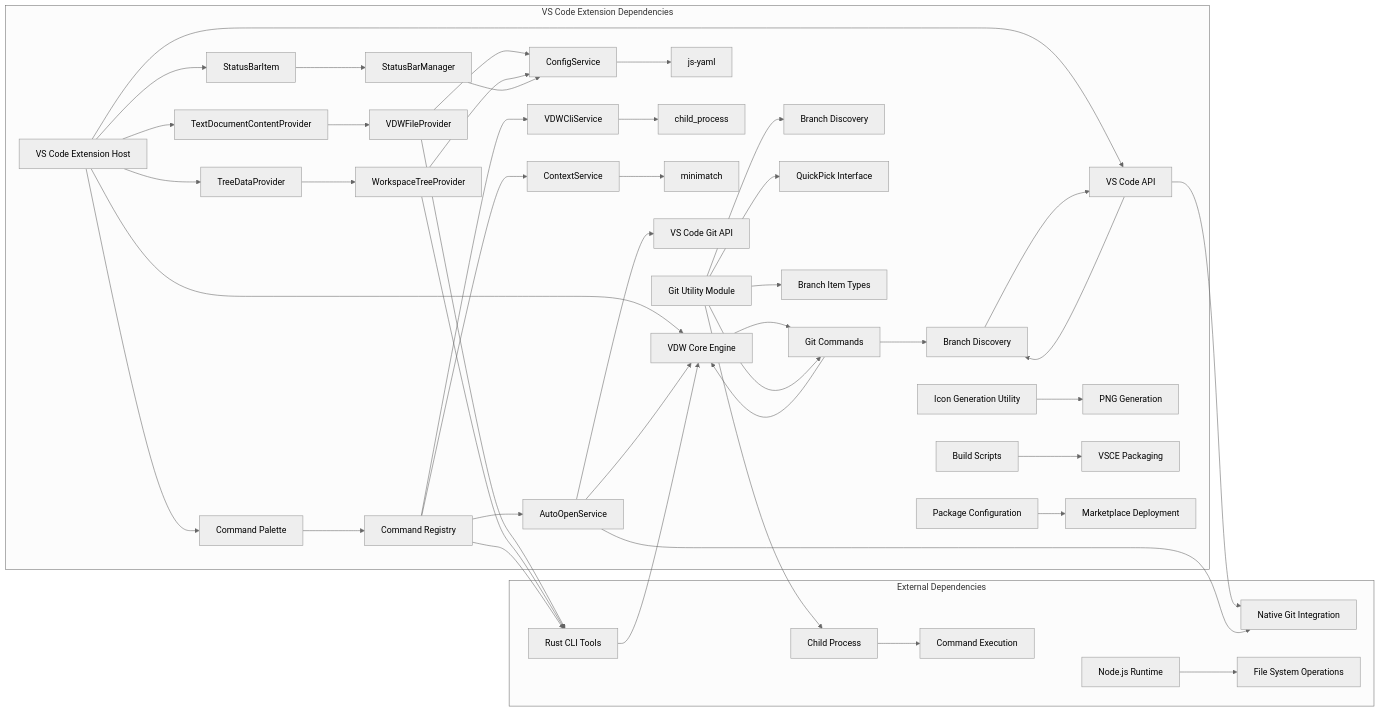
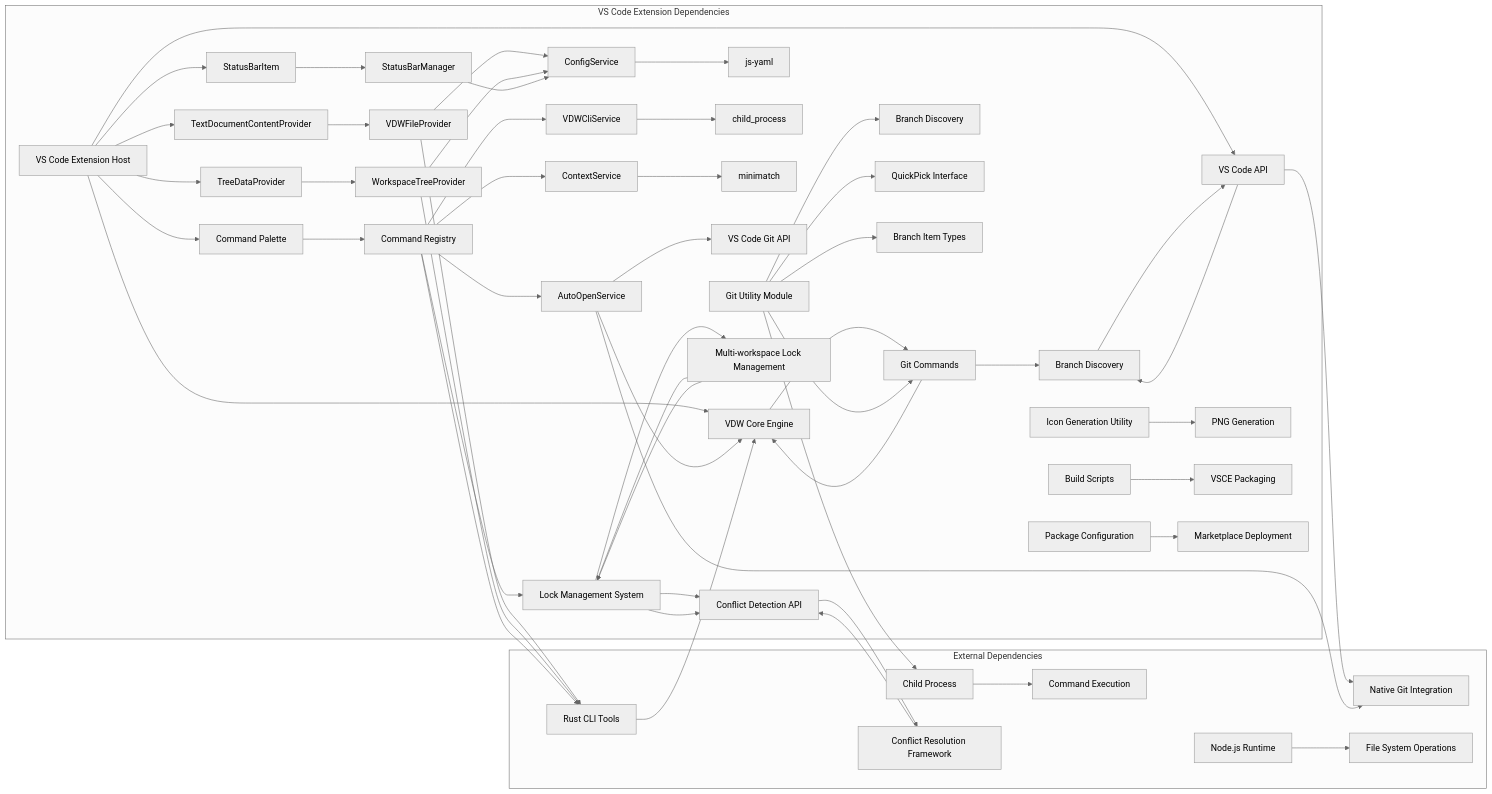
Before and after one commit to HWH-2019/vdw: the sixth of 6 diagrams in .qoder/repowiki/en/content/Core Features Documentation/VS Code Plugin Bridge & IDE Integration.md, drawn with Mermaid (neutral theme). The commit also changed other lines of this file and 6 other files, not shown here.

````diff
--- a/.qoder/repowiki/en/content/Core Features Documentation/VS Code Plugin Bridge & IDE Integration.md
+++ b/.qoder/repowiki/en/content/Core Features Documentation/VS Code Plugin Bridge & IDE Integration.md
@@ -920,49 +1054,57 @@
 ```mermaid
 graph LR
 subgraph "VS Code Extension Dependencies"
 A[VS Code Extension Host] --> B[TextDocumentContentProvider]
 A --> C[TreeDataProvider]
 A --> D[StatusBarItem]
 A --> E[Command Palette]
 A --> FF[Terminal API]
 A --> GG[QuickPick API]
 B --> H[VDWFileProvider]
 C --> I[WorkspaceTreeProvider]
 D --> J[StatusBarManager]
 E --> K[Command Registry]
 FF --> KK[Terminal Integration]
 GG --> LL[Branch Selection UI]
 H --> M[ConfigService]
 I --> M
 J --> M
 K --> N[VDWCliService]
 K --> O[ContextService]
 K --> P[AutoOpenService]
+K --> PP[EditableLockService]
 M --> Q[js-yaml]
 N --> R[child_process]
 O --> S[minimatch]
 P --> T[VS Code Git API]
 P --> FF
+PP --> QQ[Conflict Detection API]
+PP --> RR[Multi-workspace Lock Management]
 U[Git Utility Module] --> V[Branch Discovery]
 U --> W[QuickPick Interface]
 U --> X[Branch Item Types]
 Y[Icon Generation Utility] --> Z[PNG Generation]
 AA[Build Scripts] --> BB[VSCE Packaging]
 CC[Package Configuration] --> DD[Marketplace Deployment]
 end
 subgraph "External Dependencies"
 EE[Rust CLI Tools] --> FF[VDW Core Engine]
 GG[VS Code API] --> HH[Native Git Integration]
 II[Node.js Runtime] --> JJ[File System Operations]
 KK[Git Commands] --> LL[Branch Discovery]
 MM[Child Process] --> NN[Command Execution]
+QQ --> OO[Conflict Resolution Framework]
+RR --> PP[Lock Management System]
 end
 H --> EE
 I --> EE
 K --> EE
 P --> HH
+PP --> QQ
 KK --> FF
 LL --> GG
 U --> KK
 U --> MM
+OO --> QQ
+RR --> PP
 ```
````
